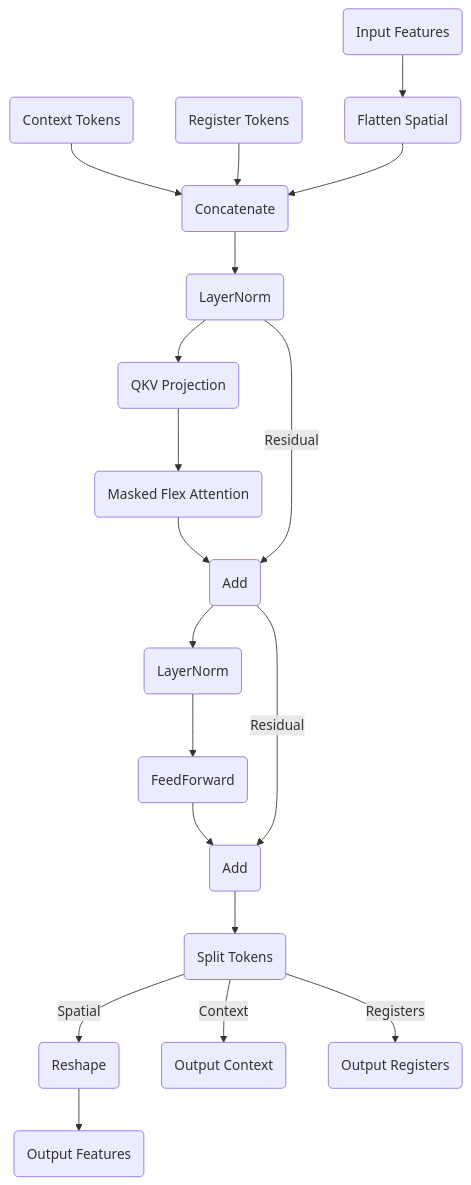
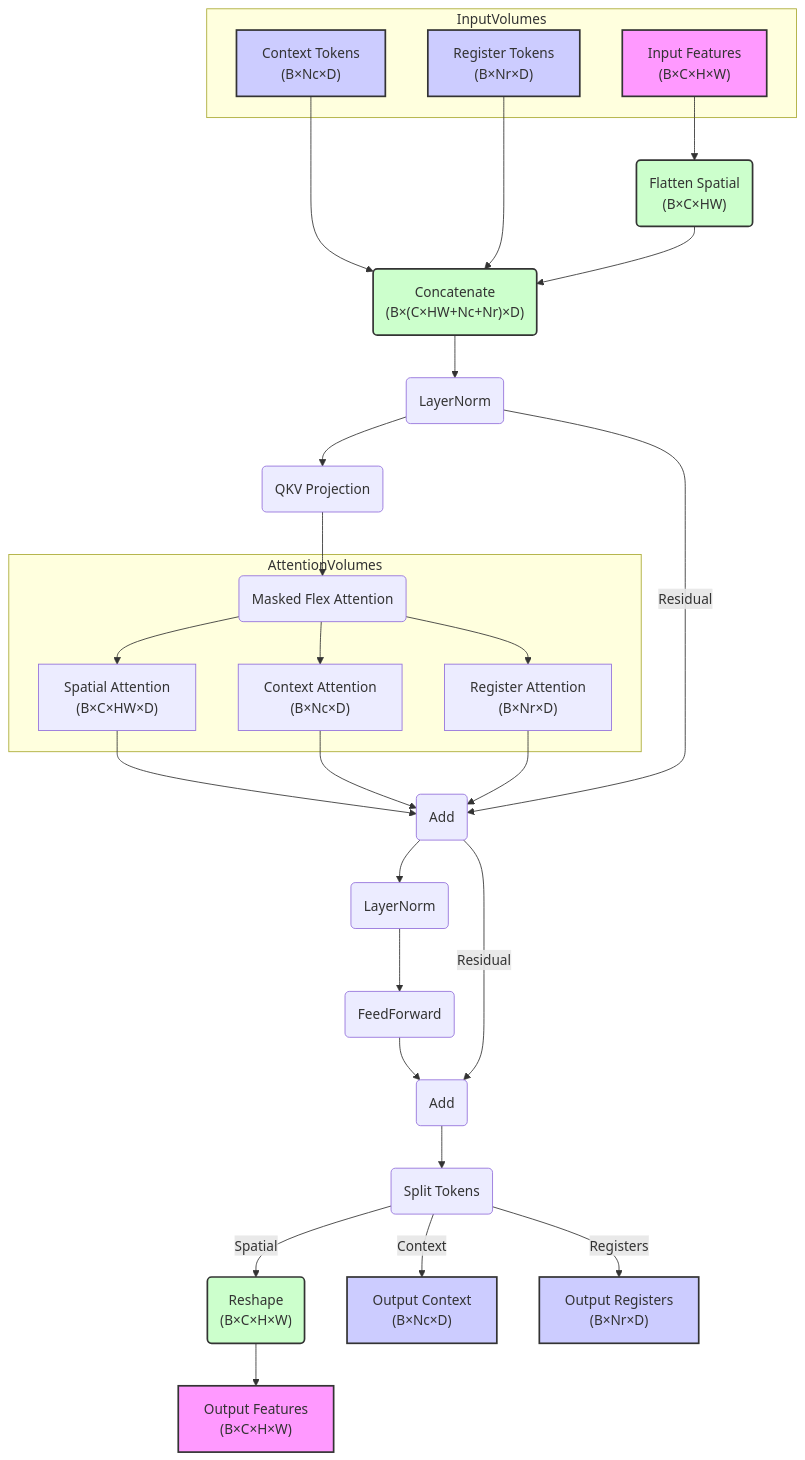
One commit to achalghoum/eyetoy changed the second of 2 diagrams in docs/paper_proposal.md. Above: the diagram before and after it, drawn with Mermaid. The commit also changed other lines of this file and 2 other files, not shown here.

````diff
--- a/docs/paper_proposal.md
+++ b/docs/paper_proposal.md
@@ -156,24 +183,59 @@
 ```mermaid
 graph TD
-    InputFeatures("Input Features") --> Flatten("Flatten Spatial")
-    CTokens("Context Tokens") --> Concat("Concatenate")
-    RTokens("Register Tokens") --> Concat
+    subgraph InputVolumes
+        Input3D["Input Features
+        (B×C×H×W)"]
+        CTokens["Context Tokens
+        (B×Nc×D)"]
+        RTokens["Register Tokens
+        (B×Nr×D)"]
+    end
+    
+    Input3D --> Flatten("Flatten Spatial
+    (B×C×HW)")
+    CTokens --> Concat("Concatenate
+    (B×(C×HW+Nc+Nr)×D)")
+    RTokens --> Concat
     Flatten --> Concat
     
     Concat --> LN1("LayerNorm")
     LN1 --> QKV("QKV Projection")
     QKV --> Attention("Masked Flex Attention")
-    Attention --> Add1("Add")
+    
+    subgraph AttentionVolumes
+        Attention --> SpatialAttn["Spatial Attention
+        (B×C×HW×D)"]
+        Attention --> ContextAttn["Context Attention
+        (B×Nc×D)"]
+        Attention --> RegisterAttn["Register Attention
+        (B×Nr×D)"]
+    end
+    
+    SpatialAttn --> Add1("Add")
+    ContextAttn --> Add1
+    RegisterAttn --> Add1
     LN1 -- "Residual" --> Add1
     
     Add1 --> LN2("LayerNorm")
     LN2 --> FFN("FeedForward")
     FFN --> Add2("Add")
     Add1 -- "Residual" --> Add2
     
     Add2 --> Split("Split Tokens")
-    Split -- "Spatial" --> Reshape("Reshape")
-    Reshape --> OutFeatures("Output Features")
-    Split -- "Context" --> OutContext("Output Context")
-    Split -- "Registers" --> OutRegisters("Output Registers")
+    Split -- "Spatial" --> Reshape("Reshape
+    (B×C×H×W)")
+    Reshape --> OutFeatures["Output Features
+    (B×C×H×W)"]
+    Split -- "Context" --> OutContext["Output Context
+    (B×Nc×D)"]
+    Split -- "Registers" --> OutRegisters["Output Registers
+    (B×Nr×D)"]
+    
+    classDef volume fill:#f9f,stroke:#333,stroke-width:2px
+    classDef token fill:#ccf,stroke:#333,stroke-width:2px
+    classDef process fill:#cfc,stroke:#333,stroke-width:2px
+    
+    class Input3D,OutFeatures volume
+    class CTokens,RTokens,OutContext,OutRegisters token
+    class Flatten,Concat,Reshape process
 ```
````
